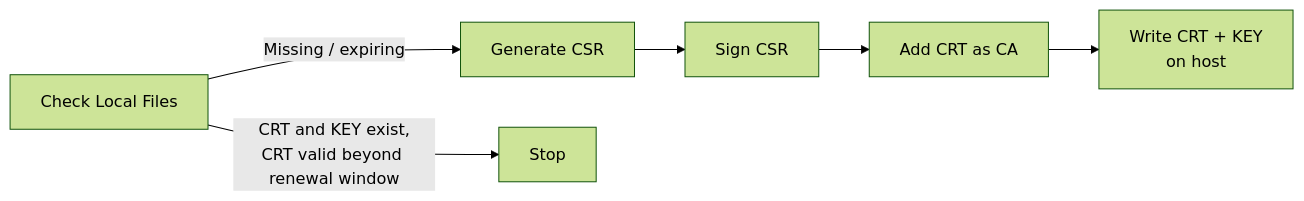
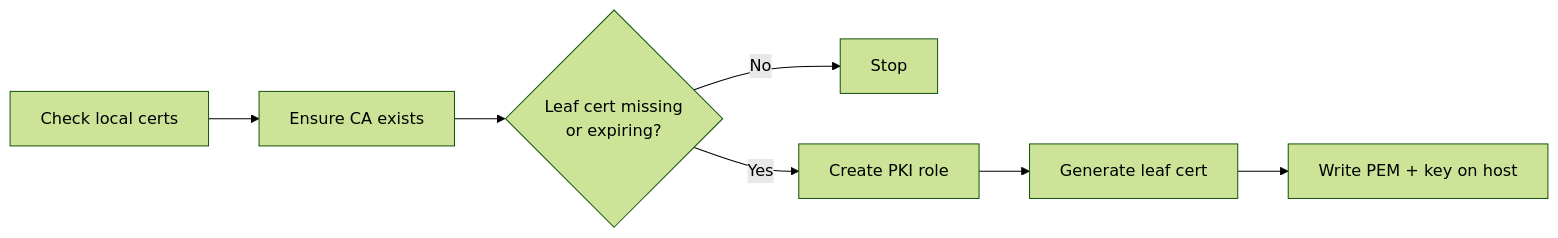
Before and after one commit to status-im/infra-role-vault-pki: the diagram in README.md, drawn with Mermaid (forest theme). The commit also changed other lines of this file and 7 other files, not shown here.

First line of the commit message:
replace cert_ prefix with vault_pki_ prefix

````diff
--- a/README.md
+++ b/README.md
@@ -50,11 +19,9 @@
 ```mermaid
 flowchart LR
-    A[Check Local Files]
-
-    A -->|Missing / expiring| B[Generate CSR]
-    B --> C[Sign CSR]
-    C --> D[Add CRT as CA]
-    D --> E[Write CRT + KEY<br/>on host]
-
-    A -->|CRT and KEY exist,<br/>CRT valid beyond renewal window| F[Stop]
+    A[Check local certs] --> B[Ensure CA exists]
+    B --> D{Leaf cert missing<br/>or expiring?}
+    D -->|No| E[Stop]
+    D -->|Yes| F[Create PKI role]
+    F --> G[Generate leaf cert]
+    G --> H[Write PEM + key on host]
 ```
````
